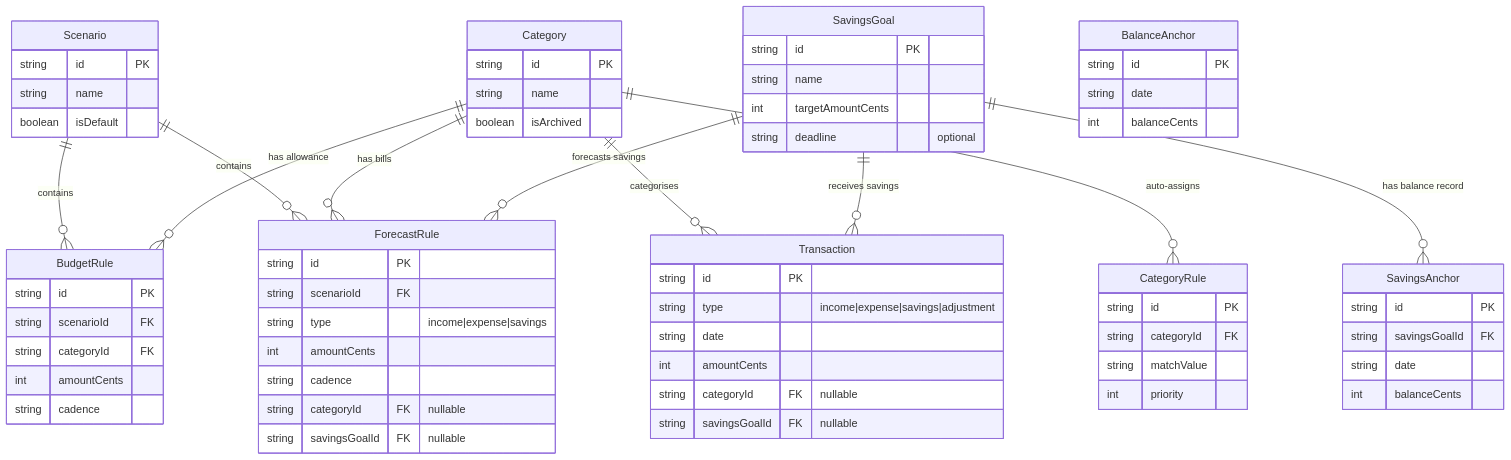
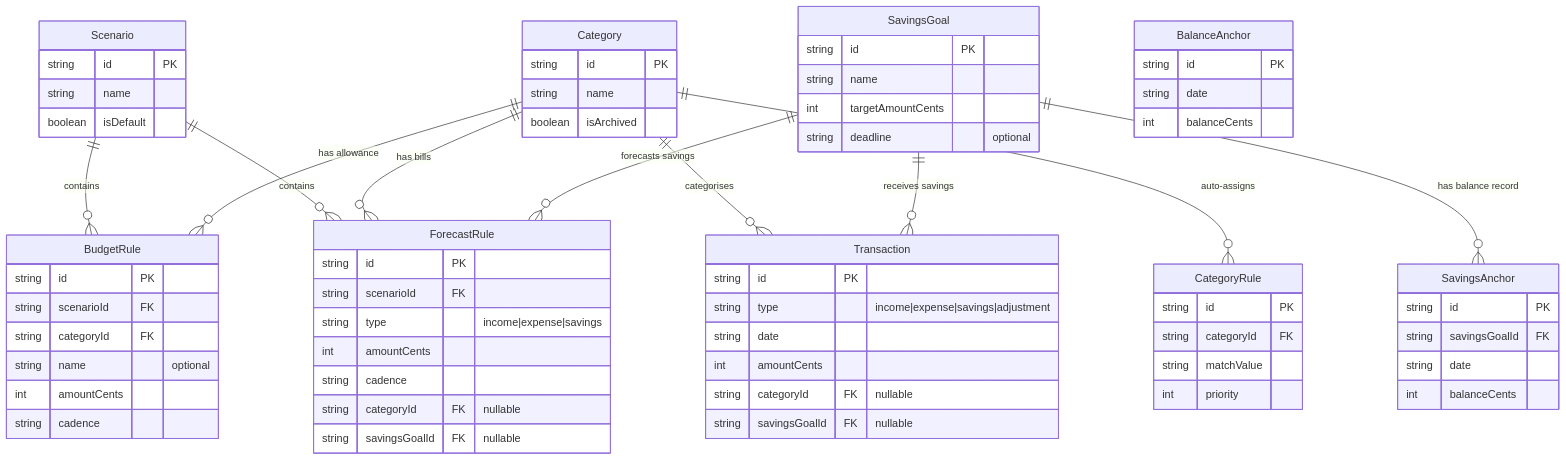
Before and after one commit to benschem/safelyspend: the first of 4 diagrams in docs/reference/ARCHITECTURE.md, drawn with Mermaid. The commit also changed other lines of this file and 32 other files, not shown here.

````diff
--- a/docs/reference/ARCHITECTURE.md
+++ b/docs/reference/ARCHITECTURE.md
@@ -61,72 +61,73 @@
 ```mermaid
 erDiagram
     Scenario ||--o{ BudgetRule : contains
     Scenario ||--o{ ForecastRule : contains
 
     Category ||--o{ Transaction : "categorises"
     Category ||--o{ BudgetRule : "has allowance"
     Category ||--o{ CategoryRule : "auto-assigns"
     Category ||--o{ ForecastRule : "has bills"
 
     SavingsGoal ||--o{ Transaction : "receives savings"
     SavingsGoal ||--o{ ForecastRule : "forecasts savings"
     SavingsGoal ||--o{ SavingsAnchor : "has balance record"
 
     Scenario {
         string id PK
         string name
         boolean isDefault
     }
     Category {
         string id PK
         string name
         boolean isArchived
     }
     Transaction {
         string id PK
         string type "income|expense|savings|adjustment"
         string date
         int amountCents
         string categoryId FK "nullable"
         string savingsGoalId FK "nullable"
     }
     BudgetRule {
         string id PK
         string scenarioId FK
         string categoryId FK
+        string name "optional"
         int amountCents
         string cadence
     }
     ForecastRule {
         string id PK
         string scenarioId FK
         string type "income|expense|savings"
         int amountCents
         string cadence
         string categoryId FK "nullable"
         string savingsGoalId FK "nullable"
     }
     SavingsGoal {
         string id PK
         string name
         int targetAmountCents
         string deadline "optional"
     }
     BalanceAnchor {
         string id PK
         string date
         int balanceCents
     }
     SavingsAnchor {
         string id PK
         string savingsGoalId FK
         string date
         int balanceCents
     }
     CategoryRule {
         string id PK
         string categoryId FK
         string matchValue
         int priority
     }
 ```
````
